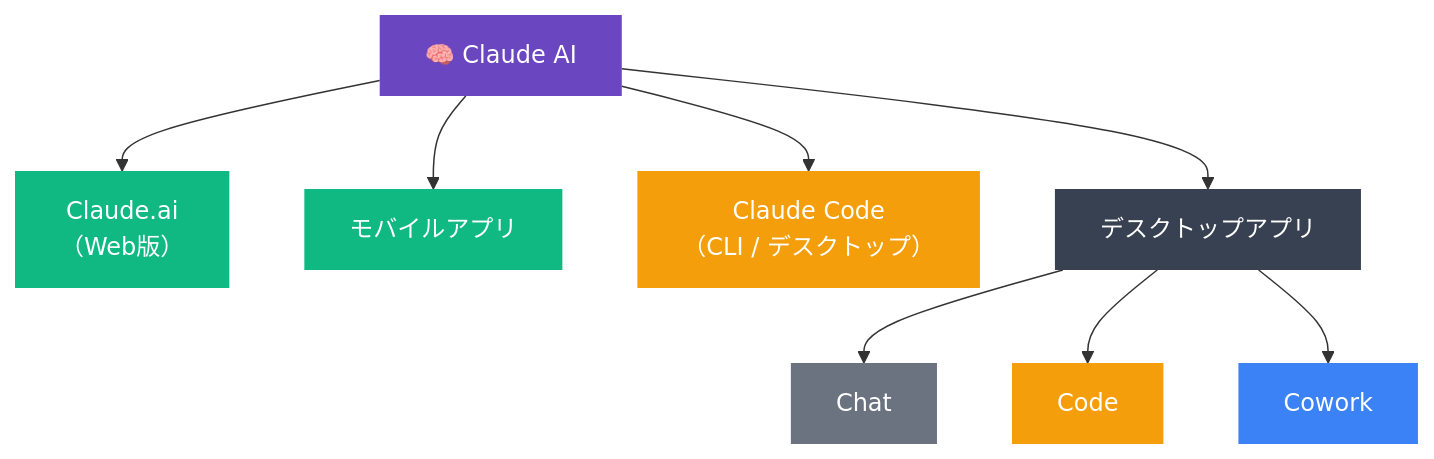
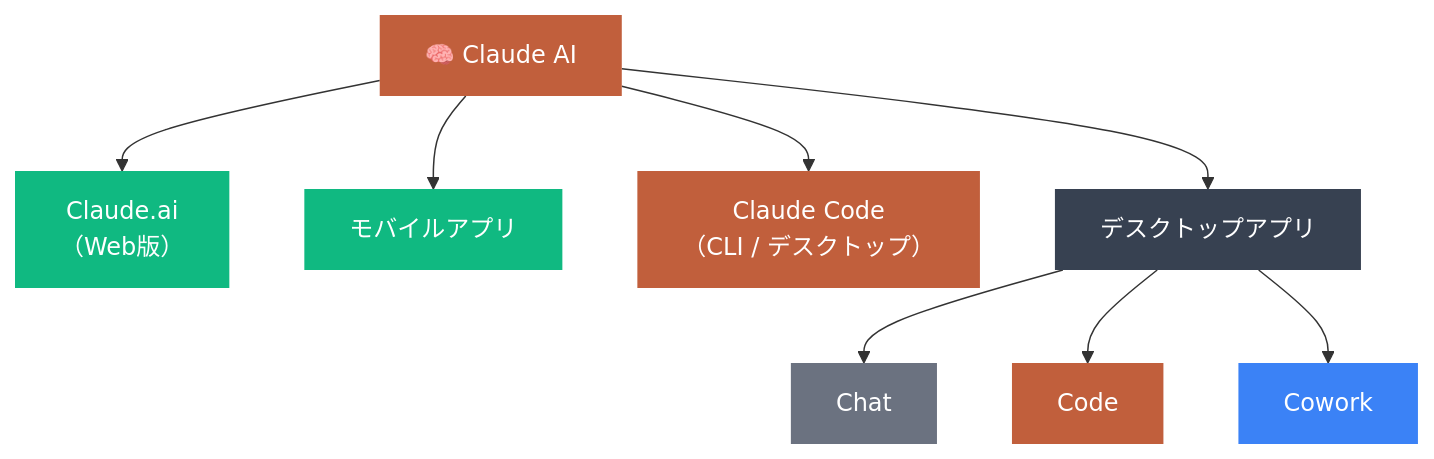
Before and after one commit to masa1023/my-site: the first of 3 diagrams in content/blog/claude-code-guide-overview.md, drawn with Mermaid. The commit also changed other lines of this file, not shown here.

Commit message:
fix: update chart color

````diff
--- a/content/blog/claude-code-guide-overview.md
+++ b/content/blog/claude-code-guide-overview.md
@@ -30,31 +30,31 @@
 ```mermaid
 graph TB
     Brain["🧠 Claude AI"]
 
     Web["Claude.ai<br/>（Web版）"]
     Mobile["モバイルアプリ"]
     Code["Claude Code<br/>（CLI / デスクトップ）"]
     Desktop["デスクトップアプリ"]
 
     Chat["Chat"]
     DCode["Code"]
     Cowork["Cowork"]
 
     Brain --> Web
     Brain --> Mobile
     Brain --> Code
     Brain --> Desktop
 
     Desktop --> Chat
     Desktop --> DCode
     Desktop --> Cowork
 
-    style Brain fill:#6B46C1,color:#fff,stroke:none
-    style Code fill:#F59E0B,color:#fff,stroke:none
-    style DCode fill:#F59E0B,color:#fff,stroke:none
+    style Brain fill:#C15F3C,color:#fff,stroke:none
+    style Code fill:#C15F3C,color:#fff,stroke:none
+    style DCode fill:#C15F3C,color:#fff,stroke:none
     style Cowork fill:#3B82F6,color:#fff,stroke:none
     style Web fill:#10B981,color:#fff,stroke:none
     style Mobile fill:#10B981,color:#fff,stroke:none
     style Chat fill:#6B7280,color:#fff,stroke:none
     style Desktop fill:#374151,color:#fff,stroke:none
 ```
````
